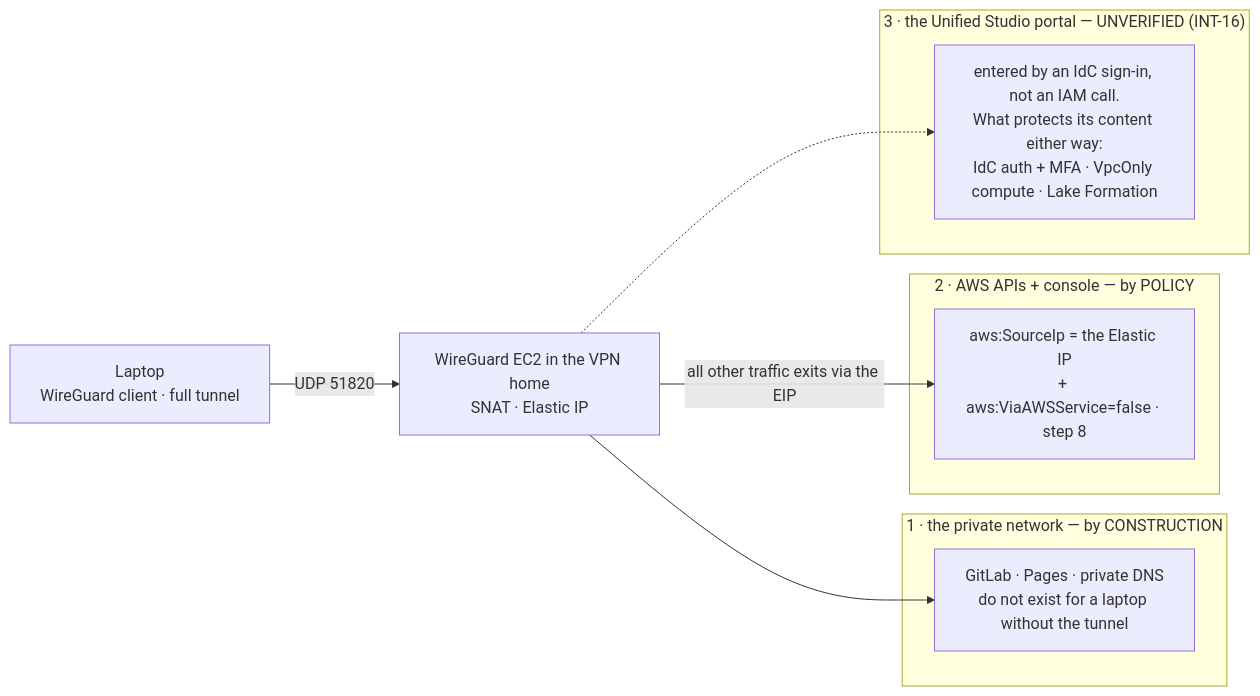
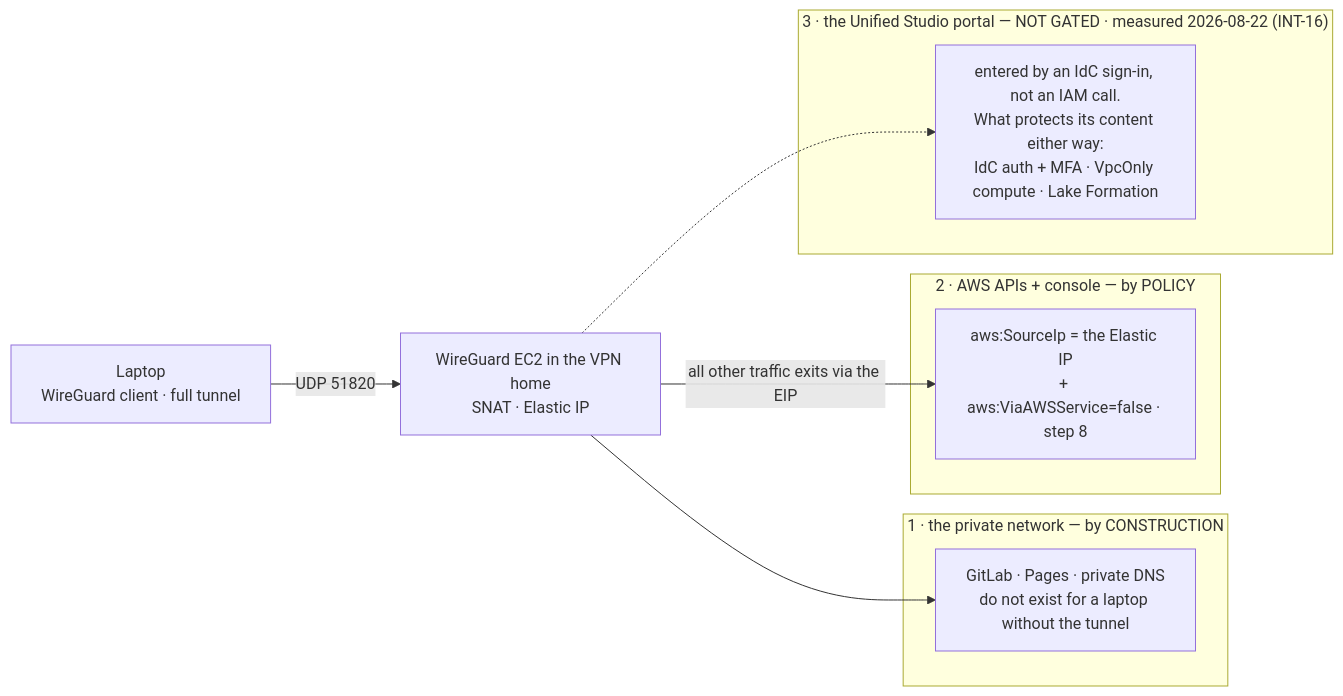
The diagram in docs/plan/stages/stage-04-vpn.md (felipenoris/AWS-DataScience), drawn with Mermaid before and after one commit. The commit also changed other lines of this file and 8 other files, not shown here.

````diff
--- a/docs/plan/stages/stage-04-vpn.md
+++ b/docs/plan/stages/stage-04-vpn.md
@@ -49,20 +49,20 @@
 ```mermaid
 flowchart LR
     LAPTOP["Laptop<br/>WireGuard client · full tunnel"]
     WG["WireGuard EC2 in the VPN home<br/>SNAT · Elastic IP"]
 
     subgraph R1["1 · the private network — by CONSTRUCTION"]
         PRIV["GitLab · Pages · private DNS<br/>do not exist for a laptop without the tunnel"]
     end
     subgraph R2["2 · AWS APIs + console — by POLICY"]
         API["aws:SourceIp = the Elastic IP<br/>+ aws:ViaAWSService=false · step 8"]
     end
-    subgraph R3["3 · the Unified Studio portal — UNVERIFIED (INT-16)"]
+    subgraph R3["3 · the Unified Studio portal — NOT GATED · measured 2026-08-22 (INT-16)"]
         PORTAL["entered by an IdC sign-in, not an IAM call.<br/>What protects its content either way:<br/>IdC auth + MFA · VpcOnly compute · Lake Formation"]
     end
 
     LAPTOP -->|"UDP 51820"| WG
     WG --> PRIV
     WG -->|"all other traffic exits via the EIP"| API
     WG -.-> PORTAL
 ```
````
